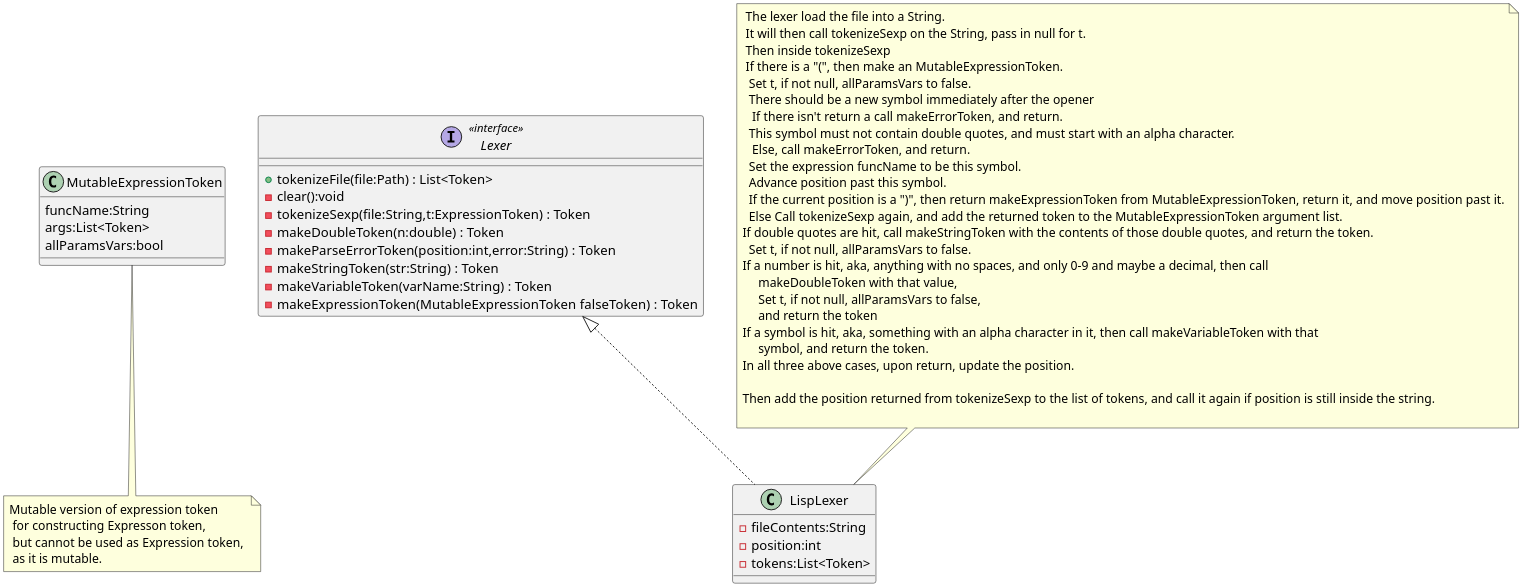
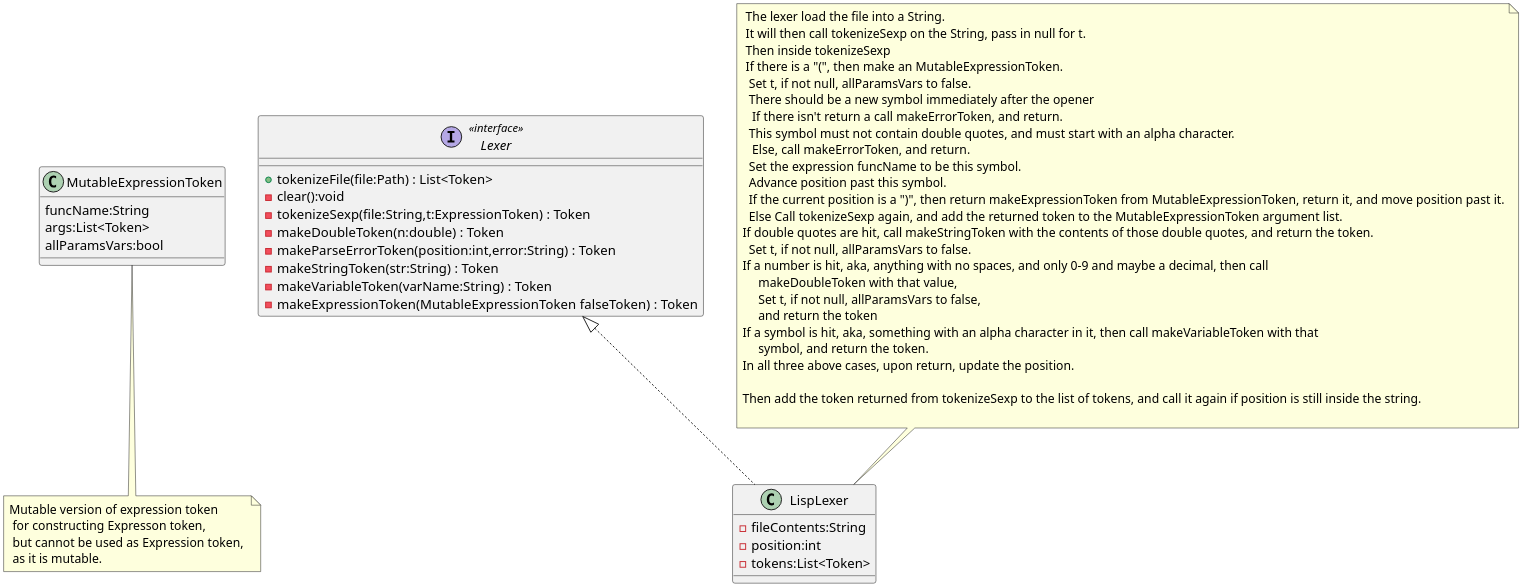
The diagram in Structure/Lexer.org (MatthewBregg/DesignPatternsRepo), drawn with PlantUML before and after one commit. The commit also changed 1 other file, not shown here.

Commit message:
Fixed typo in lexer

```diff
--- a/Structure/Lexer.org
+++ b/Structure/Lexer.org
@@ -3,56 +3,56 @@
 #+BEGIN_SRC plantuml :file LexerUML.png
 skinparam dpi 300
 
 
 class MutableExpressionToken 
 MutableExpressionToken : funcName:String
 MutableExpressionToken : args:List<Token>
 MutableExpressionToken : allParamsVars:bool 
 note bottom : Mutable version of expression token \n for constructing Expresson token, \n but cannot be used as Expression token, \n as it is mutable.
 
 interface Lexer<<interface>>
 Lexer : +tokenizeFile(file:Path) : List<Token>
 Lexer : -clear():void
 Lexer : -tokenizeSexp(file:String,t:ExpressionToken) : Token
 Lexer : -makeDoubleToken(n:double) : Token
 Lexer : -makeParseErrorToken(position:int,error:String) : Token
 Lexer : -makeStringToken(str:String) : Token
 Lexer : -makeVariableToken(varName:String) : Token
 Lexer : -makeExpressionToken(MutableExpressionToken falseToken) : Token
 
 class LispLexer
 LispLexer : -fileContents:String
 LispLexer : -position:int
 Lexer <|.. LispLexer
 LispLexer : -tokens:List<Token>
 
 note top of LispLexer
  The lexer load the file into a String.
  It will then call tokenizeSexp on the String, pass in null for t.
  Then inside tokenizeSexp
  If there is a "(", then make an MutableExpressionToken.
   Set t, if not null, allParamsVars to false.
   There should be a new symbol immediately after the opener
    If there isn't return a call makeErrorToken, and return.
   This symbol must not contain double quotes, and must start with an alpha character.
    Else, call makeErrorToken, and return. 
   Set the expression funcName to be this symbol. 
   Advance position past this symbol.
   If the current position is a ")", then return makeExpressionToken from MutableExpressionToken, return it, and move position past it.
   Else Call tokenizeSexp again, and add the returned token to the MutableExpressionToken argument list.
 If double quotes are hit, call makeStringToken with the contents of those double quotes, and return the token.
   Set t, if not null, allParamsVars to false.
 If a number is hit, aka, anything with no spaces, and only 0-9 and maybe a decimal, then call 
      makeDoubleToken with that value, 
      Set t, if not null, allParamsVars to false,
      and return the token
 If a symbol is hit, aka, something with an alpha character in it, then call makeVariableToken with that
      symbol, and return the token.
 In all three above cases, upon return, update the position.
 
-Then add the position returned from tokenizeSexp to the list of tokens, and call it again if position is still inside the string.
+Then add the token returned from tokenizeSexp to the list of tokens, and call it again if position is still inside the string.
 
 end note
   
 
 #+END_SRC
```
